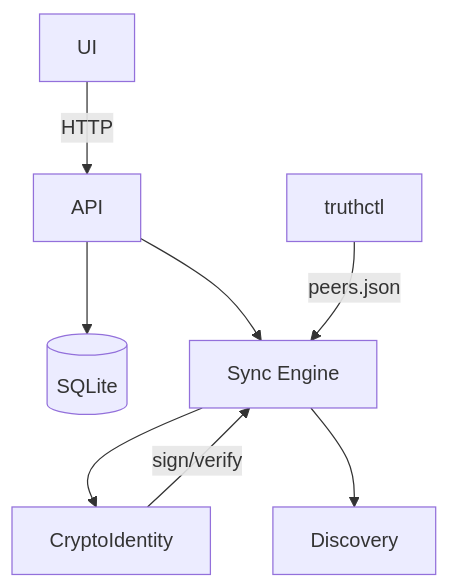
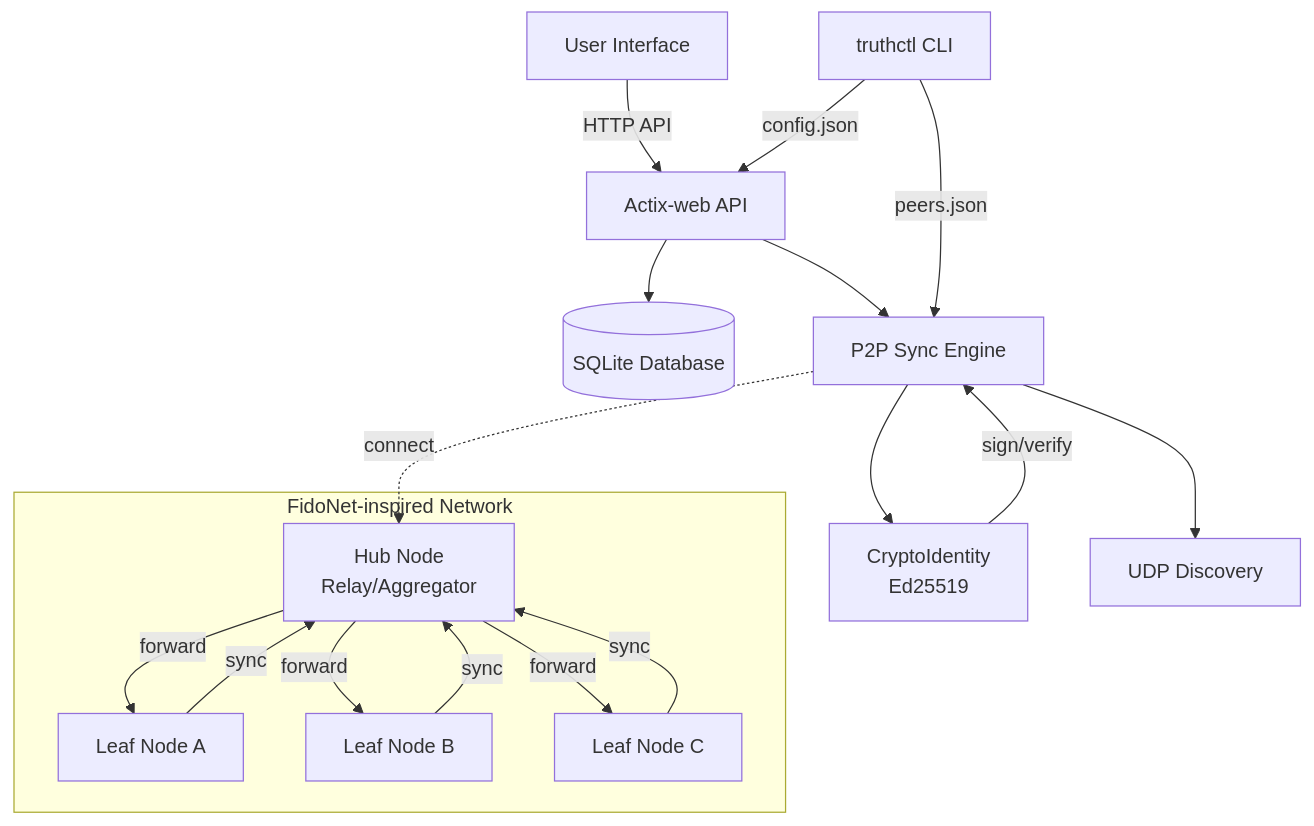
One commit to ekwator/truth-training changed the diagram in spec/03-architecture.md. Above: the diagram before and after it, drawn with Mermaid. The commit also changed other lines of this file and 9 other files, not shown here.

````diff
--- a/spec/03-architecture.md
+++ b/spec/03-architecture.md
@@ -37,10 +57,27 @@
 ```mermaid
 flowchart TD
-  UI -->|HTTP| API
-  API --> DB[(SQLite)]
-  API --> P2P[Sync Engine]
-  P2P --> ENC[CryptoIdentity]
-  P2P --> NET[Discovery]
+  UI[User Interface] -->|HTTP API| API[Actix-web API]
+  API --> DB[(SQLite Database)]
+  API --> P2P[P2P Sync Engine]
+  P2P --> ENC[CryptoIdentity<br/>Ed25519]
+  P2P --> NET[UDP Discovery]
   ENC -->|sign/verify| P2P
-  CLI[truthctl] -->|peers.json| P2P
+  CLI[truthctl CLI] -->|peers.json| P2P
+  CLI -->|config.json| API
+  
+  subgraph "FidoNet-inspired Network"
+    HUB[Hub Node<br/>Relay/Aggregator]
+    LEAF1[Leaf Node A]
+    LEAF2[Leaf Node B]
+    LEAF3[Leaf Node C]
+    
+    LEAF1 -->|sync| HUB
+    LEAF2 -->|sync| HUB
+    LEAF3 -->|sync| HUB
+    HUB -->|forward| LEAF1
+    HUB -->|forward| LEAF2
+    HUB -->|forward| LEAF3
+  end
+  
+  P2P -.->|connect| HUB
 ```
````
